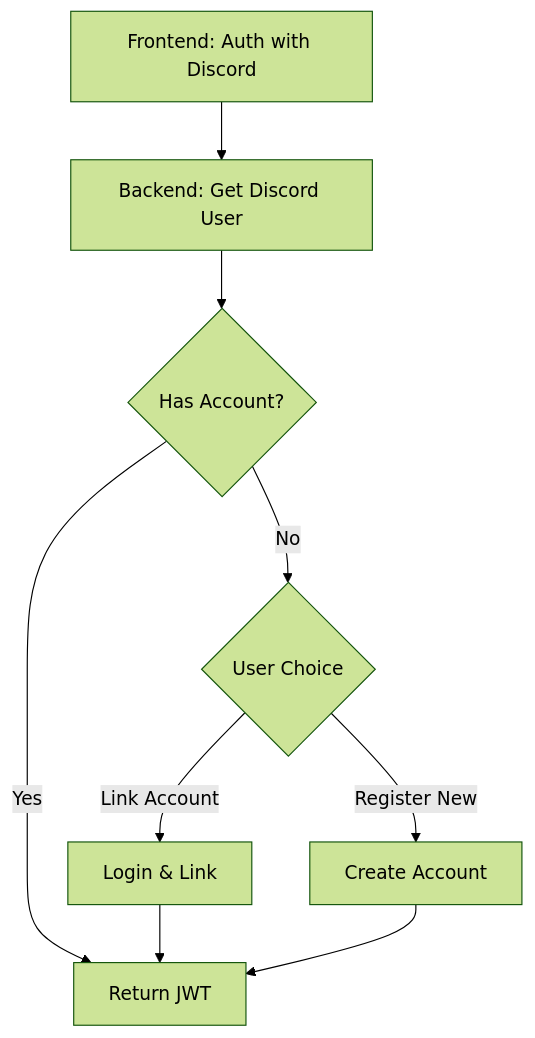
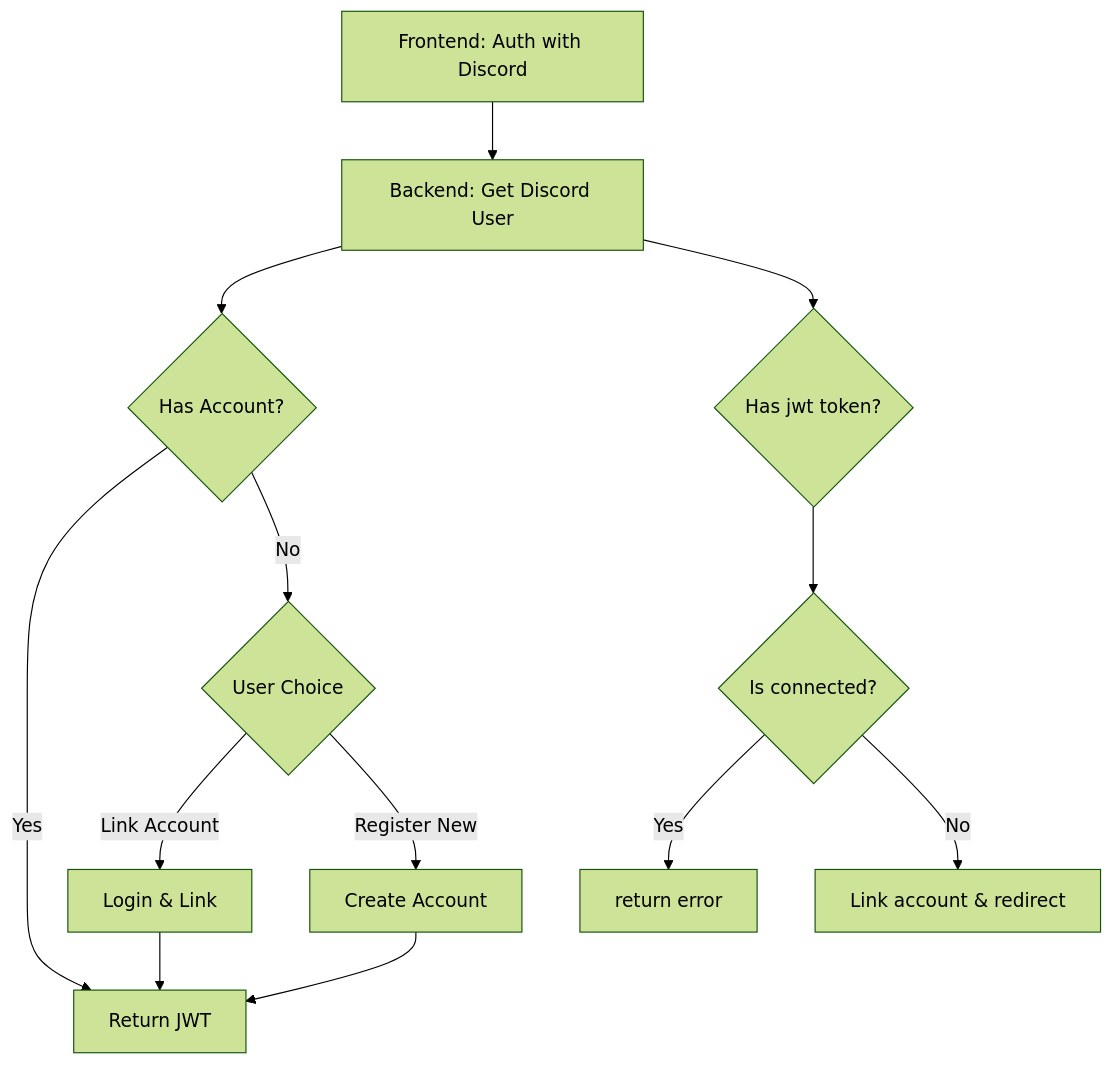
One commit to Cookie-cms/wiki changed the diagram in dev/discord.md. Above: the diagram before and after it, drawn with Mermaid (forest theme). The commit also changed 8 other files, not shown here.

````diff
--- a/dev/discord.md
+++ b/dev/discord.md
@@ -135,11 +135,15 @@
 ```mermaid
 flowchart TD
     A[Frontend: Auth with Discord] --> B[Backend: Get Discord User]
     B --> C{Has Account?}
     C -->|Yes| D[Return JWT]
     C -->|No| E{User Choice}
     E -->|Link Account| F[Login & Link]
     E -->|Register New| G[Create Account]
     F --> D
     G --> D
+    B --> X{Has jwt token?}
+    X --> AA{Is connected?}
+    AA --> |Yes| P[return error]
+    AA --> |No| S[Link account & redirect]
 ```
````
